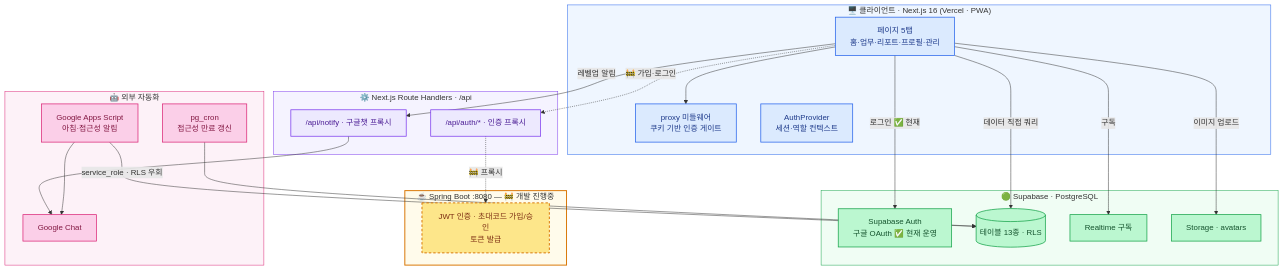
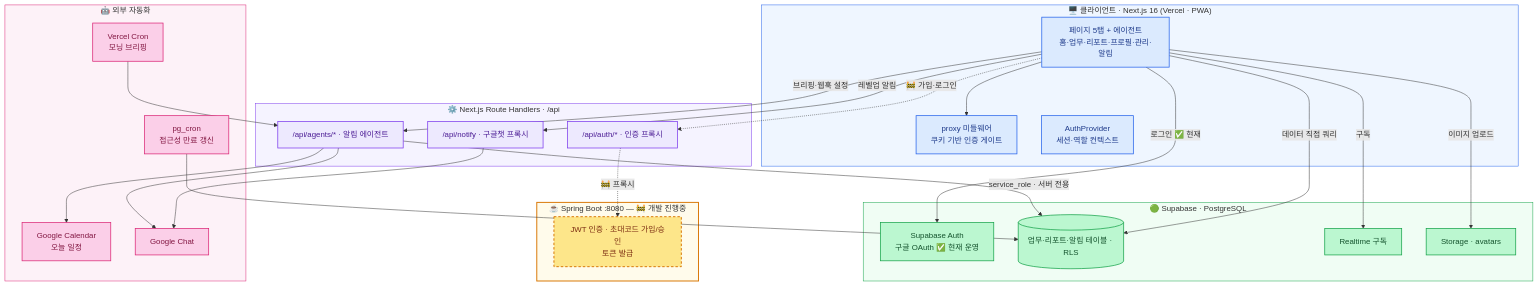
The second of 4 diagrams in README.md (poseybutter/project-alarm-service), drawn with Mermaid before and after one commit. The commit also changed other lines of this file, not shown here.

````diff
--- a/README.md
+++ b/README.md
@@ -206,60 +221,65 @@
 ```mermaid
 graph TB
     subgraph Client["🖥️ 클라이언트 · Next.js 16 (Vercel · PWA)"]
-        UI["페이지 5탭<br/>홈·업무·리포트·프로필·관리"]
+        UI["페이지 5탭 + 에이전트<br/>홈·업무·리포트·프로필·관리·알림"]
         MW["proxy 미들웨어<br/>쿠키 기반 인증 게이트"]
         AP["AuthProvider<br/>세션·역할 컨텍스트"]
     end
 
     subgraph Supa["🟢 Supabase · PostgreSQL"]
         SAuth["Supabase Auth<br/>구글 OAuth ✅ 현재 운영"]
-        DB[("테이블 13종 · RLS")]
+        DB[("업무·리포트·알림 테이블 · RLS")]
         RT["Realtime 구독"]
         Store["Storage · avatars"]
     end
 
     subgraph NextAPI["⚙️ Next.js Route Handlers · /api"]
         Notify["/api/notify · 구글챗 프록시"]
         AuthAPI["/api/auth/* · 인증 프록시"]
+        AgentAPI["/api/agents/* · 알림 에이전트"]
     end
 
     subgraph Spring["☕ Spring Boot :8080 — 🚧 개발 진행중"]
         JWT["JWT 인증 · 초대코드 가입/승인<br/>토큰 발급"]
     end
 
     subgraph Ext["🤖 외부 자동화"]
-        GAS["Google Apps Script<br/>아침·접근성 알림"]
+        VercelCron["Vercel Cron<br/>모닝 브리핑"]
+        Calendar["Google Calendar<br/>오늘 일정"]
         Cron["pg_cron<br/>접근성 만료 갱신"]
         Chat["Google Chat"]
     end
 
     UI -->|"로그인 ✅ 현재"| SAuth
     UI -->|"데이터 직접 쿼리"| DB
     UI -->|"구독"| RT
     UI -->|"이미지 업로드"| Store
     UI --> MW
     UI -->|"레벨업 알림"| Notify --> Chat
+    UI -->|"브리핑·웹훅 설정"| AgentAPI
     UI -.->|"🚧 가입·로그인"| AuthAPI
     AuthAPI -.->|"🚧 프록시"| JWT
-    GAS -->|"service_role · RLS 우회"| DB
-    GAS --> Chat
+    VercelCron --> AgentAPI
+    AgentAPI -->|"service_role · 서버 전용"| DB
+    AgentAPI --> Calendar
+    AgentAPI --> Chat
     Cron --> DB
 
     classDef client fill:#dbeafe,stroke:#2563eb,color:#1e3a8a,stroke-width:1.5px;
     classDef api fill:#ede9fe,stroke:#7c3aed,color:#4c1d95,stroke-width:1.5px;
     classDef wip fill:#fde68a,stroke:#d97706,color:#7c2d12,stroke-width:2px,stroke-dasharray:5 4;
     classDef data fill:#bbf7d0,stroke:#16a34a,color:#14532d,stroke-width:1.5px;
     classDef ext fill:#fbcfe8,stroke:#db2777,color:#831843,stroke-width:1.5px;
 
     class UI,MW,AP client;
-    class AuthAPI,Notify api;
+    class AuthAPI,Notify,AgentAPI api;
     class JWT wip;
     class SAuth,DB,RT,Store data;
-    class GAS,Cron,Chat ext;
+    class VercelCron,Calendar,Cron,Chat ext;
 
     style Client fill:#eff6ff,stroke:#2563eb;
     style Supa fill:#f0fdf4,stroke:#16a34a;
     style NextAPI fill:#f5f3ff,stroke:#7c3aed;
     style Spring fill:#fffbeb,stroke:#d97706,stroke-width:2px;
     style Ext fill:#fdf2f8,stroke:#db2777;
 ```
````
